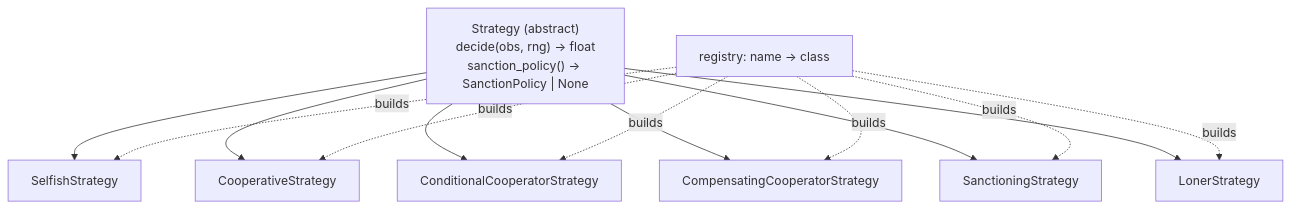
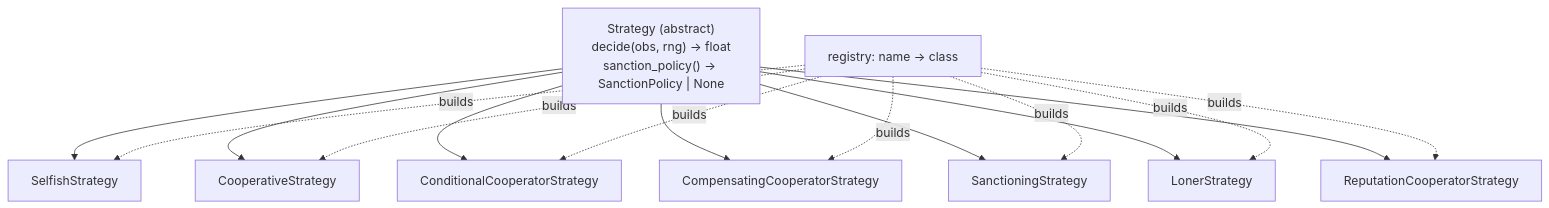
One commit to loonaarc/wfp2 changed the fourth of 6 diagrams in docs/code-walkthrough.md. Above: the diagram before and after it, drawn with Mermaid. The commit also changed other lines of this file and 28 other files, not shown here.

First line of the commit message:
Add reputation-based cooperator strategy and related experiments

````diff
--- a/docs/code-walkthrough.md
+++ b/docs/code-walkthrough.md
@@ -277,10 +285,11 @@
 ```mermaid
 flowchart TB
     S["Strategy (abstract)<br/>decide(obs, rng) → float<br/>sanction_policy() → SanctionPolicy | None"] --> Se["SelfishStrategy"]
     S --> Co["CooperativeStrategy"]
     S --> Cc["ConditionalCooperatorStrategy"]
     S --> Cp["CompensatingCooperatorStrategy"]
     S --> Sa["SanctioningStrategy"]
     S --> Lo["LonerStrategy"]
-    R["registry: name → class"] -.builds.-> Se & Co & Cc & Cp & Sa & Lo
+    S --> Rp["ReputationCooperatorStrategy"]
+    R["registry: name → class"] -.builds.-> Se & Co & Cc & Cp & Sa & Lo & Rp
 ```
````
